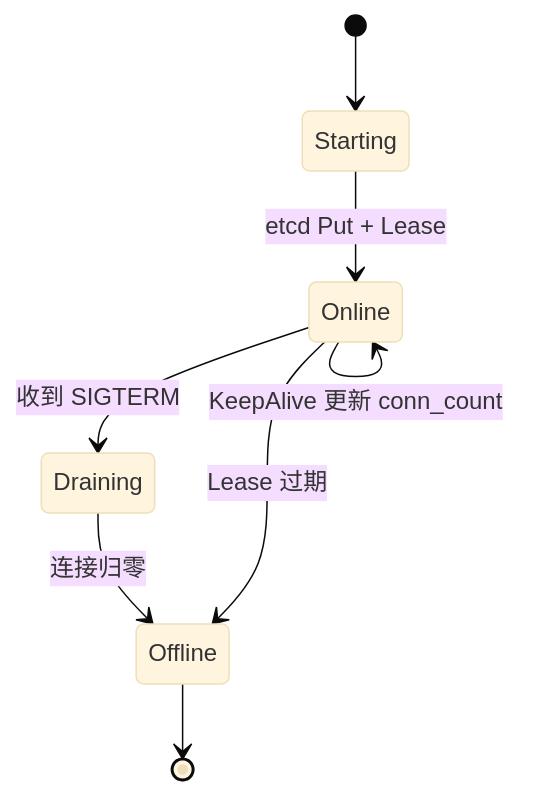
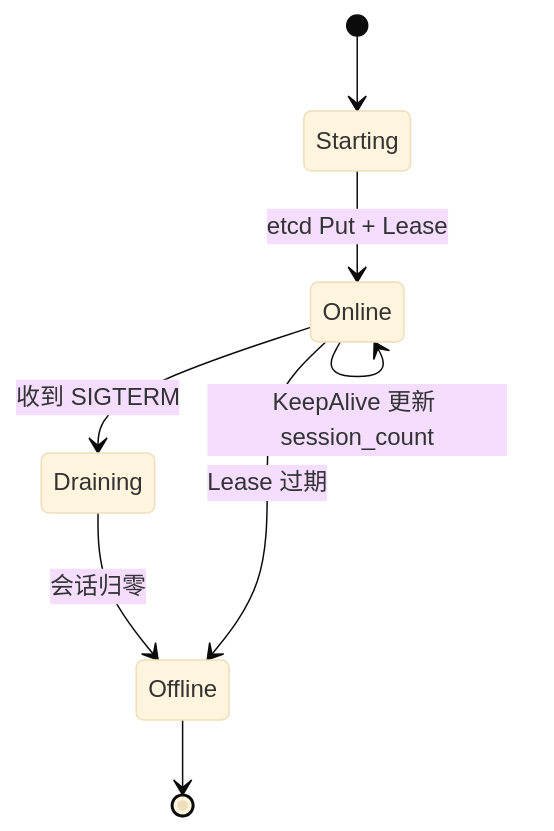
The seventh of 8 diagrams in docs/gateway/DESIGN.md (HappyLadySauce/Beehive-IM), drawn with Mermaid (base theme) before and after one commit. The commit also changed other lines of this file and 5 other files, not shown here.

````diff
--- a/docs/gateway/DESIGN.md
+++ b/docs/gateway/DESIGN.md
@@ -308,10 +386,10 @@
 ```mermaid
 stateDiagram-v2
     [*] --> Starting
     Starting --> Online: etcd Put + Lease
-    Online --> Online: KeepAlive 更新 conn_count
+    Online --> Online: KeepAlive 更新 session_count
     Online --> Draining: 收到 SIGTERM
-    Draining --> Offline: 连接归零
+    Draining --> Offline: 会话归零
     Online --> Offline: Lease 过期
     Offline --> [*]
 ```
````
